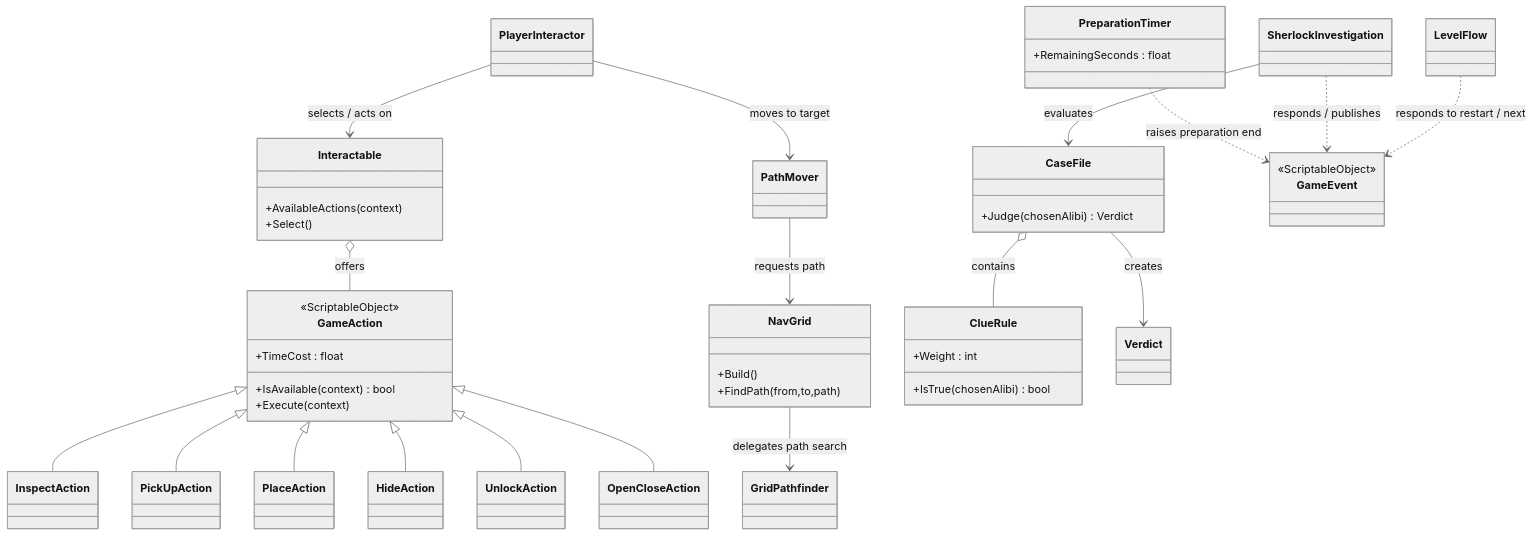
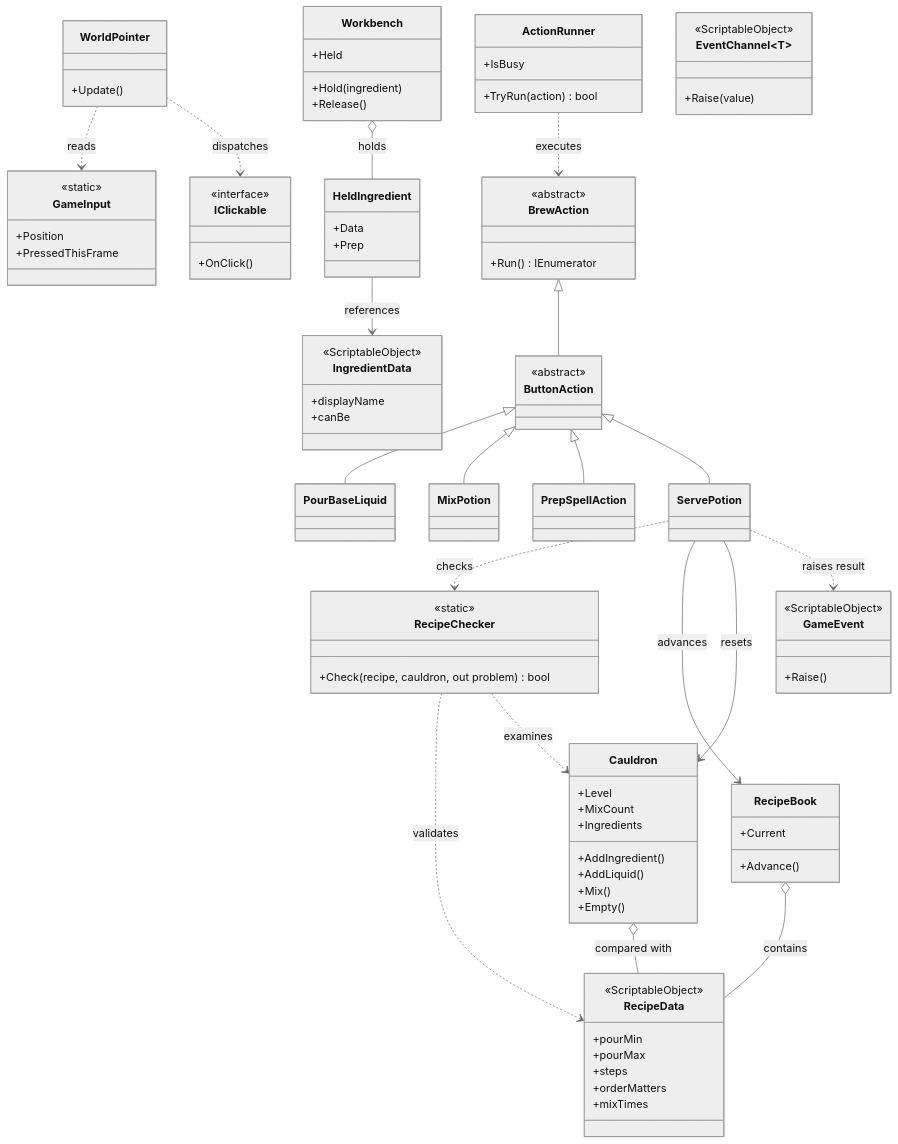
The diagram in Game_README.md (Gamedev-HW/The-Alchemists-Missing-Pages), drawn with Mermaid (neutral theme) before and after one commit. The commit also changed other lines of this file, not shown here.

First line of the commit message:
Update Game_README.md

````diff
--- a/Game_README.md
+++ b/Game_README.md
@@ -107,61 +131,96 @@
 ```mermaid
 classDiagram
-    class GameAction {
-      <<ScriptableObject>>
-      +TimeCost : float
-      +IsAvailable(context) bool
-      +Execute(context)
+    class GameInput {
+        <<static>>
+        +Position
+        +PressedThisFrame
     }
-    class InspectAction
-    class PickUpAction
-    class PlaceAction
-    class HideAction
-    class UnlockAction
-    class OpenCloseAction
-    GameAction <|-- InspectAction
-    GameAction <|-- PickUpAction
-    GameAction <|-- PlaceAction
-    GameAction <|-- HideAction
-    GameAction <|-- UnlockAction
-    GameAction <|-- OpenCloseAction
-
-    class Interactable {
-      +AvailableActions(context)
-      +Select()
+    class WorldPointer {
+        +Update()
     }
-    class PlayerInteractor
-    class PreparationTimer {
-      +RemainingSeconds : float
+    class IClickable {
+        <<interface>>
+        +OnClick()
     }
-    class NavGrid {
-      +Build()
-      +FindPath(from,to,path)
+    class Workbench {
+        +Held
+        +Hold(ingredient)
+        +Release()
     }
-    class GridPathfinder
-    class PathMover
-    class CaseFile {
-      +Judge(chosenAlibi) Verdict
+    class HeldIngredient {
+        +Data
+        +Prep
     }
-    class ClueRule {
-      +IsTrue(chosenAlibi) bool
-      +Weight : int
+    class IngredientData {
+        <<ScriptableObject>>
+        +displayName
+        +canBe
     }
-    class SherlockInvestigation
-    class Verdict
-    class LevelFlow
+    class Cauldron {
+        +Level
+        +MixCount
+        +Ingredients
+        +AddIngredient()
+        +AddLiquid()
+        +Mix()
+        +Empty()
+    }
+    class RecipeData {
+        <<ScriptableObject>>
+        +pourMin
+        +pourMax
+        +steps
+        +orderMatters
+        +mixTimes
+    }
+    class RecipeBook {
+        +Current
+        +Advance()
+    }
+    class RecipeChecker {
+        <<static>>
+        +Check(recipe, cauldron, out problem) bool
+    }
+    class BrewAction {
+        <<abstract>>
+        +Run() IEnumerator
+    }
+    class ButtonAction {
+        <<abstract>>
+    }
+    class ActionRunner {
+        +TryRun(action) bool
+        +IsBusy
+    }
+    class PourBaseLiquid
+    class MixPotion
+    class PrepSpellAction
+    class ServePotion
     class GameEvent {
-      <<ScriptableObject>>
+        <<ScriptableObject>>
+        +Raise()
+    }
+    class EventChannel~T~ {
+        <<ScriptableObject>>
+        +Raise(value)
     }
 
-    Interactable o-- GameAction : offers
-    PlayerInteractor --> Interactable : selects / acts on
-    PlayerInteractor --> PathMover : moves to target
-    PathMover --> NavGrid : requests path
-    NavGrid --> GridPathfinder : delegates path search
-    PreparationTimer ..> GameEvent : raises preparation end
-    SherlockInvestigation --> CaseFile : evaluates
-    CaseFile o-- ClueRule : contains
-    CaseFile --> Verdict : creates
-    SherlockInvestigation ..> GameEvent : responds / publishes
-    LevelFlow ..> GameEvent : responds to restart / next
+    WorldPointer ..> GameInput : reads
+    WorldPointer ..> IClickable : dispatches
+    Workbench o-- HeldIngredient : holds
+    HeldIngredient --> IngredientData : references
+    Cauldron o-- RecipeData : compared with
+    RecipeBook o-- RecipeData : contains
+    RecipeChecker ..> RecipeData : validates
+    RecipeChecker ..> Cauldron : examines
+    BrewAction <|-- ButtonAction
+    ButtonAction <|-- PourBaseLiquid
+    ButtonAction <|-- MixPotion
+    ButtonAction <|-- PrepSpellAction
+    ButtonAction <|-- ServePotion
+    ActionRunner ..> BrewAction : executes
+    ServePotion ..> RecipeChecker : checks
+    ServePotion --> RecipeBook : advances
+    ServePotion --> Cauldron : resets
+    ServePotion ..> GameEvent : raises result
 ```
````
